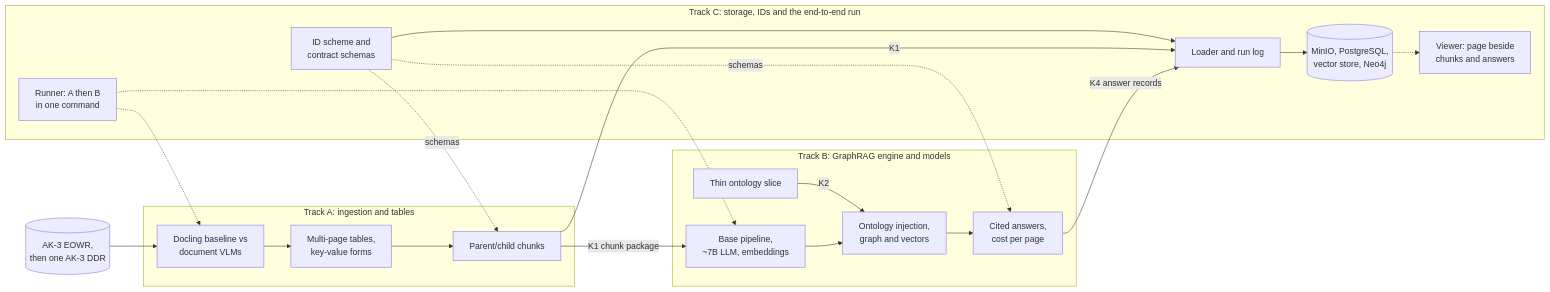
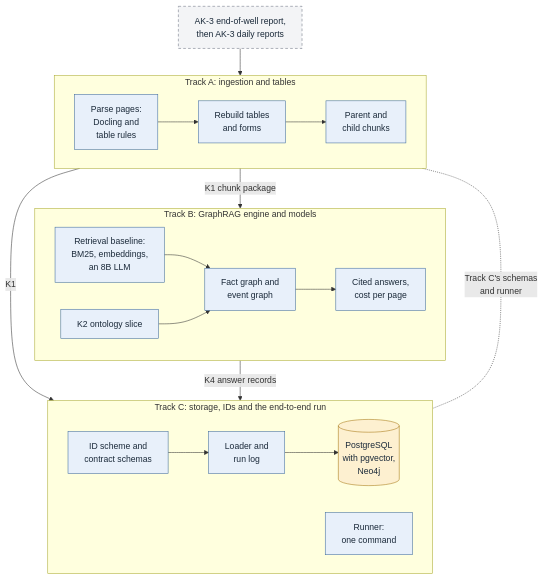
The third of 9 diagrams in docs/PROJECT_DESIGN.md (thaitri2005/Secure-O-G-LLM-and-Knowledge-Graph), drawn with Mermaid before and after one commit. The commit also changed other lines of this file and 47 other files, not shown here.

````diff
--- a/docs/PROJECT_DESIGN.md
+++ b/docs/PROJECT_DESIGN.md
@@ -396,26 +415,28 @@
 ```mermaid
-flowchart LR
-    PDF[("AK-3 EOWR,<br/>then one AK-3 DDR")]
+flowchart TB
+    PDF["AK-3 end-of-well report,<br/>then AK-3 daily reports"]:::ext
     subgraph TA["Track A: ingestion and tables"]
-        A1["Docling baseline vs<br/>document VLMs"] --> A2["Multi-page tables,<br/>key-value forms"] --> A3["Parent/child chunks"]
+        direction LR
+        A1["Parse pages:<br/>Docling and<br/>table rules"]:::svc --> A2["Rebuild tables<br/>and forms"]:::svc --> A3["Parent and<br/>child chunks"]:::svc
     end
     subgraph TB["Track B: GraphRAG engine and models"]
-        B0["Thin ontology slice"] -- "K2" --> B2
-        B1["Base pipeline,<br/>~7B LLM, embeddings"] --> B2["Ontology injection,<br/>graph and vectors"] --> B3["Cited answers,<br/>cost per page"]
+        direction LR
+        B1["Retrieval baseline:<br/>BM25, embeddings,<br/>an 8B LLM"]:::svc --> B2["Fact graph and<br/>event graph"]:::svc --> B3["Cited answers,<br/>cost per page"]:::svc
+        B0["K2 ontology slice"]:::svc --> B2
     end
     subgraph TC["Track C: storage, IDs and the end-to-end run"]
-        C1["ID scheme and<br/>contract schemas"]
-        C2[("MinIO, PostgreSQL,<br/>vector store, Neo4j")]
-        C3["Loader and run log"]
-        C4["Runner: A then B<br/>in one command"]
-        C5["Viewer: page beside<br/>chunks and answers"]
-        C1 --> C3 --> C2
+        direction LR
+        C1["ID scheme and<br/>contract schemas"]:::svc --> C3["Loader and<br/>run log"]:::svc --> C2[("PostgreSQL<br/>with pgvector,<br/>Neo4j")]:::store
+        C4["Runner:<br/>one command"]:::svc
     end
-    PDF --> A1
-    A3 -- "K1 chunk package" --> B1
-    A3 -- "K1" --> C3
-    B3 -- "K4 answer records" --> C3
-    C1 -. "schemas" .-> A3 & B3
-    C4 -.-> A1 & B1
-    C2 -.-> C5
+    PDF --> TA
+    TA -- "K1 chunk package" --> TB
+    TA -- "K1" --> TC
+    TB -- "K4 answer records" --> TC
+    TA -. "Track C's schemas<br/>and runner" .- TC
+    classDef ui fill:#e4f3ea,stroke:#3b7d57,color:#1b2a3a
+    classDef svc fill:#e8f0fa,stroke:#3d6a9c,color:#1b2a3a
+    classDef store fill:#fdf0d0,stroke:#a67512,color:#1b2a3a
+    classDef model fill:#f0e7f9,stroke:#7b52ab,color:#1b2a3a
+    classDef ext fill:#f3f4f6,stroke:#6b7280,color:#1b2a3a,stroke-dasharray:5 4
 ```
````
